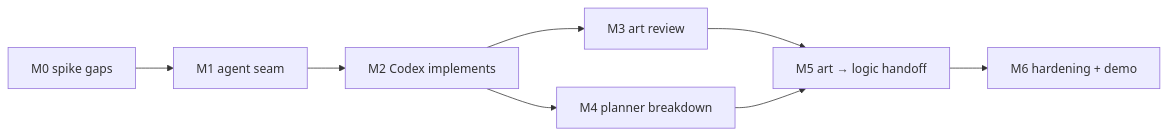
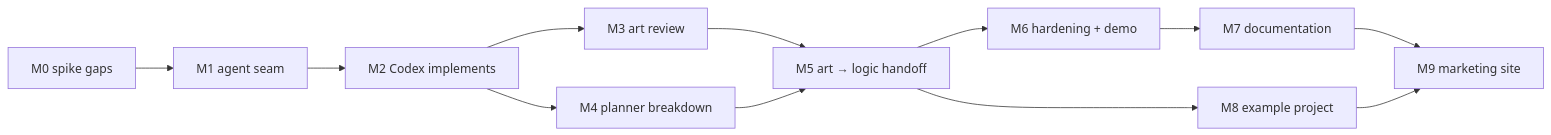
Before and after one commit to gravesisme/planestro: the diagram in docs/codex-epic-plan.md, drawn with Mermaid. The commit also changed other lines of this file and 4 other files, not shown here.

````diff
--- a/docs/codex-epic-plan.md
+++ b/docs/codex-epic-plan.md
@@ -41,10 +42,14 @@
 ```mermaid
 graph LR
   M0[M0 spike gaps] --> M1[M1 agent seam]
   M1 --> M2[M2 Codex implements]
   M2 --> M3[M3 art review]
   M2 --> M4[M4 planner breakdown]
   M3 --> M5[M5 art → logic handoff]
   M4 --> M5
   M5 --> M6[M6 hardening + demo]
+  M6 --> M7[M7 documentation]
+  M5 --> M8[M8 example project]
+  M7 --> M9[M9 marketing site]
+  M8 --> M9
 ```
````
